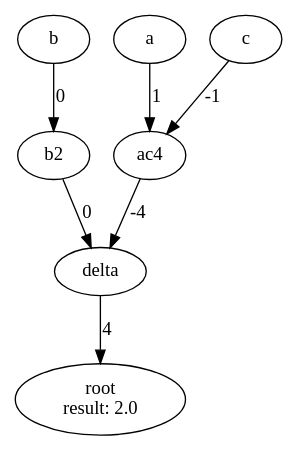
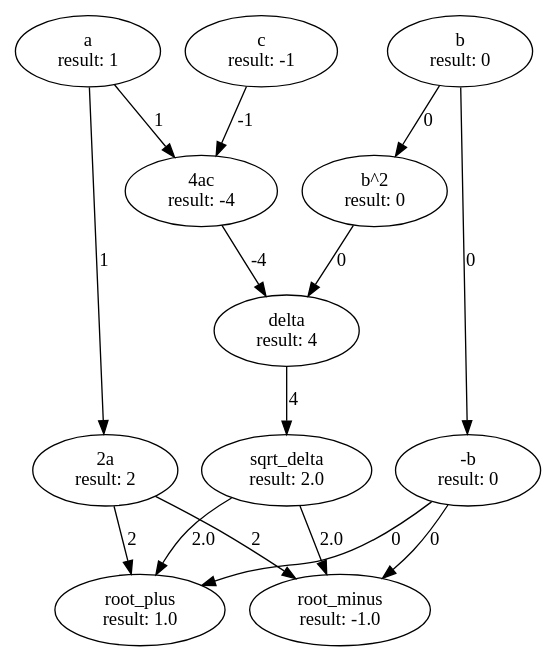
Before and after one commit to leiningyu/Nikki-lab3-5: the diagram in quadratic_formula.dot, drawn with Graphviz.

```diff
--- a/quadratic_formula.dot
+++ b/quadratic_formula.dot
@@ -1,9 +1,27 @@
 digraph G {
-  "root" [label="root\nresult: 2.0"];
-  "b" -> "b2" [label="0"];
-  "a" -> "ac4" [label="1"];
-  "c" -> "ac4" [label="-1"];
-  "b2" -> "delta" [label="0"];
-  "ac4" -> "delta" [label="-4"];
-  "delta" -> "root" [label="4"];
+  "a" [label="a\nresult: 1"];
+  "b" [label="b\nresult: 0"];
+  "c" [label="c\nresult: -1"];
+  "b^2" [label="b^2\nresult: 0"];
+  "4ac" [label="4ac\nresult: -4"];
+  "delta" [label="delta\nresult: 4"];
+  "-b" [label="-b\nresult: 0"];
+  "sqrt_delta" [label="sqrt_delta\nresult: 2.0"];
+  "2a" [label="2a\nresult: 2"];
+  "root_plus" [label="root_plus\nresult: 1.0"];
+  "root_minus" [label="root_minus\nresult: -1.0"];
+  "b" -> "b^2" [label="0"];
+  "a" -> "4ac" [label="1"];
+  "c" -> "4ac" [label="-1"];
+  "b^2" -> "delta" [label="0"];
+  "4ac" -> "delta" [label="-4"];
+  "b" -> "-b" [label="0"];
+  "delta" -> "sqrt_delta" [label="4"];
+  "a" -> "2a" [label="1"];
+  "-b" -> "root_plus" [label="0"];
+  "sqrt_delta" -> "root_plus" [label="2.0"];
+  "2a" -> "root_plus" [label="2"];
+  "-b" -> "root_minus" [label="0"];
+  "sqrt_delta" -> "root_minus" [label="2.0"];
+  "2a" -> "root_minus" [label="2"];
 }
```
